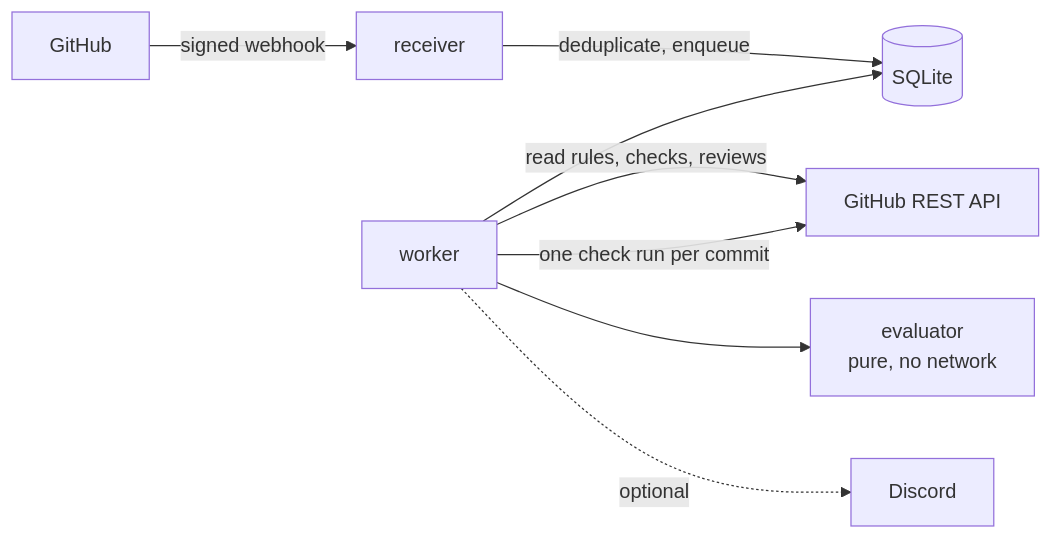
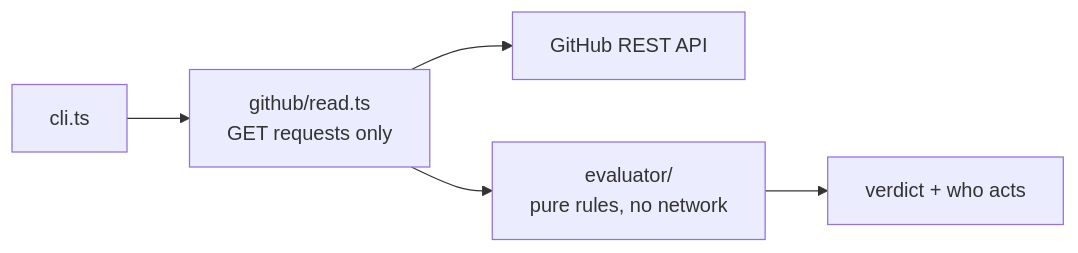
One commit to bbenedev/PRotocol changed the diagram in README.md. Above: the diagram before and after it, drawn with Mermaid. The commit also changed other lines of this file and 1 other file, not shown here.

Commit message:
Lead the README with a real run and how to use it

````diff
--- a/README.md
+++ b/README.md
@@ -105,10 +122,7 @@
 ```mermaid
 flowchart LR
-  GH[GitHub] -- signed webhook --> RX[receiver]
-  RX -- deduplicate, enqueue --> DB[(SQLite)]
-  WK[worker] --> DB
-  WK -- read rules, checks, reviews --> API[GitHub REST API]
-  WK --> EV[evaluator<br/>pure, no network]
-  WK -- one check run per commit --> API
-  WK -. optional .-> DC[Discord]
+  CLI[cli.ts] --> READ[github/read.ts<br/>GET requests only]
+  READ --> API[GitHub REST API]
+  READ --> EV[evaluator/<br/>pure rules, no network]
+  EV --> OUT[verdict + who acts]
 ```
````
